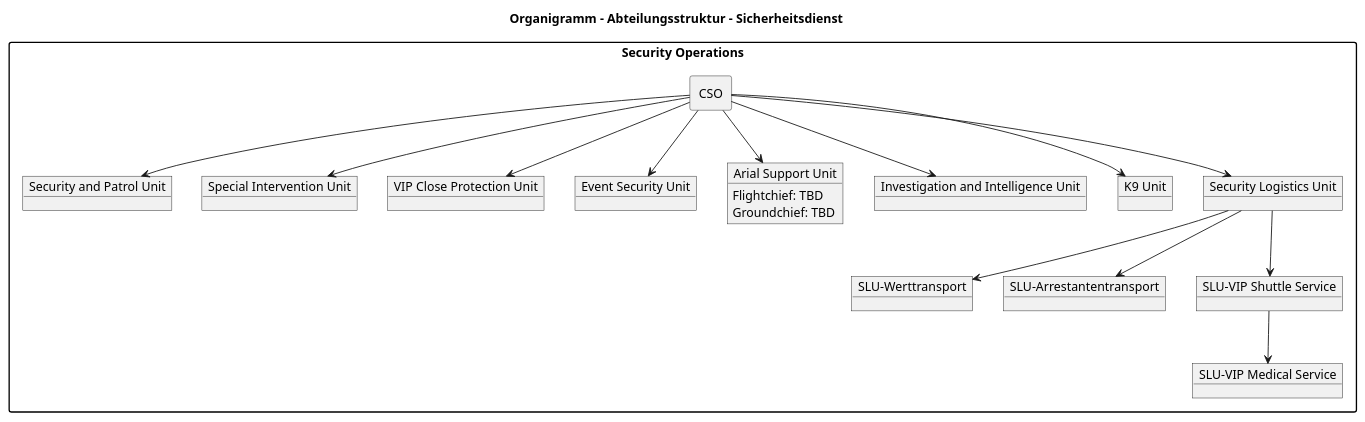
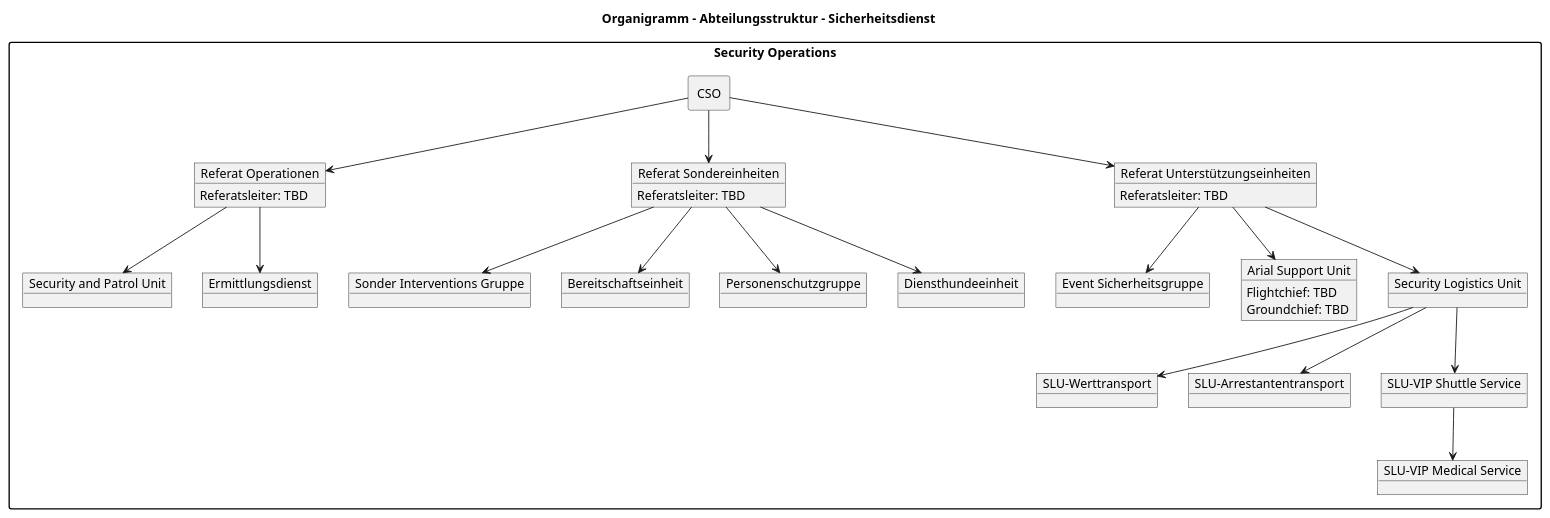
Before and after one commit to Stiller-und-Partner-Mediengruppe-GmbH/SPMG.Conceptplan: the first of 2 diagrams in chapters/Operations_Security.adoc, drawn with PlantUML. The commit also changed other lines of this file and 1 other file, not shown here.

```diff
--- a/chapters/Operations_Security.adoc
+++ b/chapters/Operations_Security.adoc
@@ -28,49 +26,64 @@
 [plantuml, org-chart-security, svg]
 ----
 @startuml
 skinparam packageStyle rectangle
 allowmixing
 
 skinparam rectangle<<text>> {
     BackgroundColor transparent
     BorderColor transparent
     Shadowing false
 }
 
 title Organigramm - Abteilungsstruktur - Sicherheitsdienst
 
 package "Security Operations" as SO {
     rectangle "CSO" as CSO
     
+    object "Referat Operationen" as RO{
+        Referatsleiter: TBD
+    }
+    object "Referat Sondereinheiten" as RSE{
+        Referatsleiter: TBD
+    }
+    object "Referat Unterstützungseinheiten" as RUE{
+        Referatsleiter: TBD
+    }
     object "Security and Patrol Unit" as SPU
-    object "Special Intervention Unit" as SIU
-    object "VIP Close Protection Unit" as VCPU
-    object "Event Security Unit" as ESU
+    object "Sonder Interventions Gruppe" as SIG
+    object "Bereitschaftseinheit" as BE
+    object "Personenschutzgruppe" as PSG
+    object "Event Sicherheitsgruppe" as ESG
     object "Arial Support Unit" as ASU {
         Flightchief: TBD
         Groundchief: TBD
     }
-    object "Investigation and Intelligence Unit" as IIU
-    object "K9 Unit" as K9
+    object "Ermittlungsdienst" as ED
+    object "Diensthundeeinheit" as DHE
     object "Security Logistics Unit" as SLU
     object "SLU-Werttransport" as SLU_WT
     object "SLU-Arrestantentransport" as SLU_AT
     object "SLU-VIP Shuttle Service" as SLU_VIP
     object "SLU-VIP Medical Service" as SLU_VIP_Med
 
-    CSO -down-> SPU
-    CSO -down-> SIU
-    CSO -down-> VCPU
-    CSO -down-> ESU
-    CSO -down-> ASU
-    CSO -down-> IIU
-    CSO -down-> K9
-    CSO -down-> SLU
+    CSO -down-> RO
+    CSO -down-> RSE
+    CSO -down-> RUE
+
+    RO -down-> SPU
+    RSE -down-> SIG
+    RSE -down-> PSG
+    RSE -down-> BE
+    RUE -down-> ESG
+    RUE -down-> ASU
+    RO -down-> ED
+    RSE -down-> DHE
+    RUE -down-> SLU
     
     SLU -down-> SLU_WT
     SLU -down-> SLU_AT
     SLU -down-> SLU_VIP
     SLU_VIP -down-> SLU_VIP_Med
 } 
 @enduml
 ----
```
